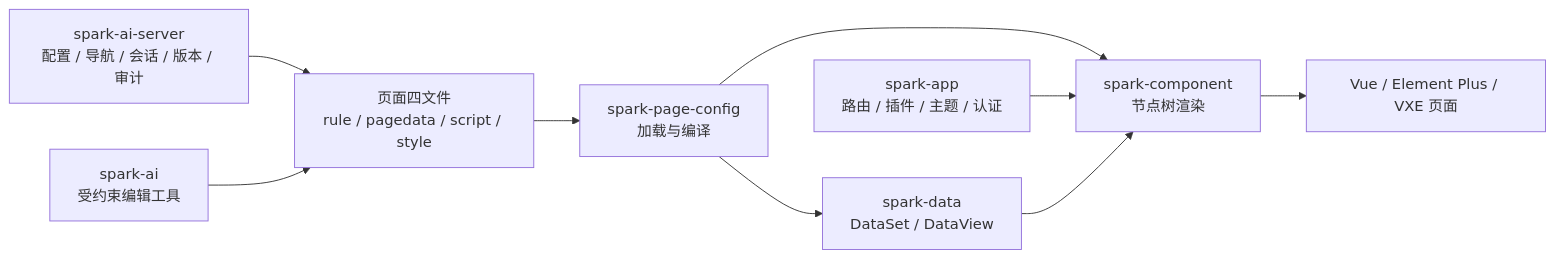
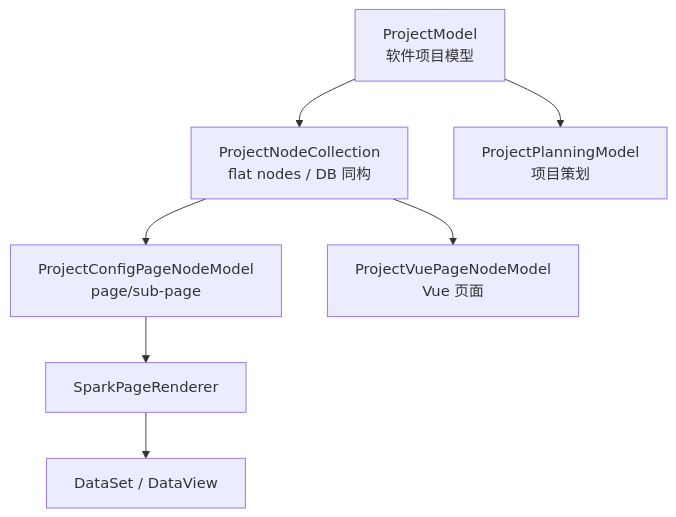
One commit to LMSpark/spark-view-vue changed the diagram in docs/SPARK_VIEW_PROJECT_DEEP_DIVE_ZH.md. Above: the diagram before and after it, drawn with Mermaid. The commit also changed other lines of this file and 244 other files, not shown here.

Commit message:
refactor(spark-page-config): reshape project node model

````diff
--- a/docs/SPARK_VIEW_PROJECT_DEEP_DIVE_ZH.md
+++ b/docs/SPARK_VIEW_PROJECT_DEEP_DIVE_ZH.md
@@ -45,20 +15,17 @@
 ```mermaid
-flowchart LR
-  Files["页面四文件<br/>rule / pagedata / script / style"]
-  Loader["spark-page-config<br/>加载与编译"]
-  Renderer["spark-component<br/>节点树渲染"]
-  Data["spark-data<br/>DataSet / DataView"]
-  App["spark-app<br/>路由 / 插件 / 主题 / 认证"]
-  AI["spark-ai<br/>受约束编辑工具"]
-  Server["spark-ai-server<br/>配置 / 导航 / 会话 / 版本 / 审计"]
-  UI["Vue / Element Plus / VXE 页面"]
+flowchart TB
+  Project["ProjectModel<br/>软件项目模型"]
+  Nodes["ProjectNodeCollection<br/>flat nodes / DB 同构"]
+  Planning["ProjectPlanningModel<br/>项目策划"]
+  ConfigPage["ProjectConfigPageNodeModel<br/>page/sub-page"]
+  VuePage["ProjectVuePageNodeModel<br/>Vue 页面"]
+  Renderer["SparkPageRenderer"]
+  Data["DataSet / DataView"]
 
-  Server --> Files
-  Files --> Loader
-  Loader --> Renderer
-  Loader --> Data
-  App --> Renderer
-  Data --> Renderer
-  AI --> Files
-  Renderer --> UI
+  Project --> Nodes
+  Project --> Planning
+  Nodes --> ConfigPage
+  Nodes --> VuePage
+  ConfigPage --> Renderer
+  Renderer --> Data
 ```
````
